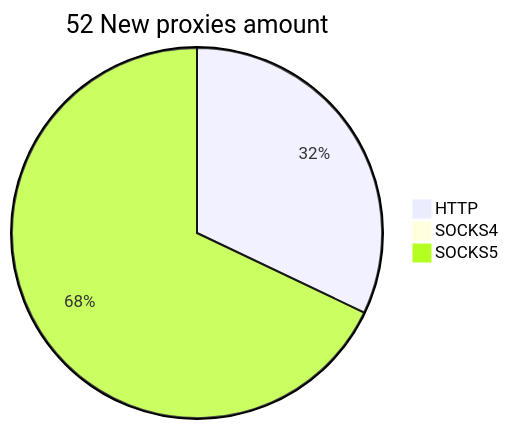
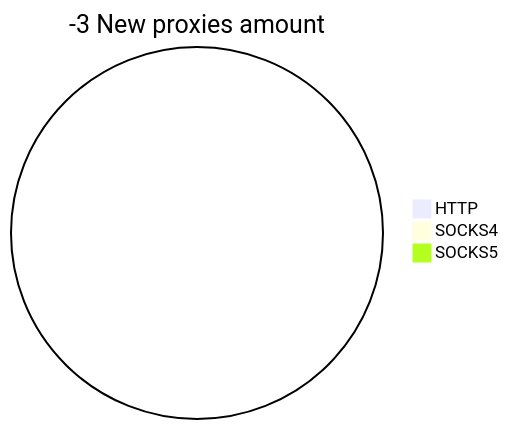
One commit to cutipu/proxylist changed the second of 2 diagrams in README.md. Above: the diagram before and after it, drawn with Mermaid. The commit also changed other lines of this file, not shown here.

````diff
--- a/README.md
+++ b/README.md
@@ -10,6 +10,6 @@
 ```mermaid
-pie title 52 New proxies amount
-    "HTTP" : 17
+pie title -3 New proxies amount
+    "HTTP" : 0
     "SOCKS4" : 0
-    "SOCKS5" : 36
+    "SOCKS5" : 0
 ```
````
